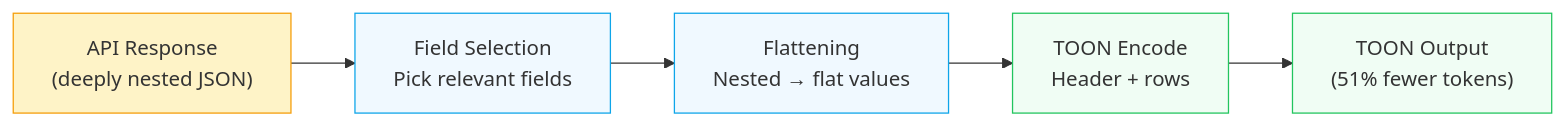
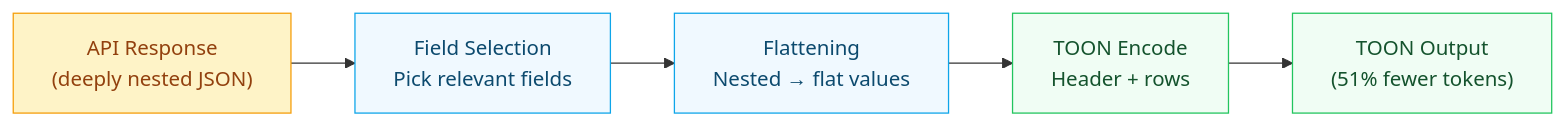
One commit to VibeTensor/vibemcp changed the diagram in docs/guide/toon-format.md. Above: the diagram before and after it, drawn with Mermaid. The commit also changed other lines of this file and 40 other files, not shown here.

````diff
--- a/docs/guide/toon-format.md
+++ b/docs/guide/toon-format.md
@@ -52,16 +52,18 @@
 ```mermaid
 flowchart LR
     API["API Response\n(deeply nested JSON)"]
     FS["Field Selection\nPick relevant fields"]
     FL["Flattening\nNested → flat values"]
     TE["TOON Encode\nHeader + rows"]
     OUT["TOON Output\n(51% fewer tokens)"]
 
     API --> FS --> FL --> TE --> OUT
 
-    style API fill:#fef3c7,stroke:#f59e0b
-    style FS fill:#f0f9ff,stroke:#0ea5e9
-    style FL fill:#f0f9ff,stroke:#0ea5e9
-    style TE fill:#f0fdf4,stroke:#22c55e
-    style OUT fill:#f0fdf4,stroke:#22c55e
+    classDef apiNode fill:#fef3c7,stroke:#f59e0b,color:#92400e
+    classDef processNode fill:#f0f9ff,stroke:#0ea5e9,color:#0c4a6e
+    classDef outputNode fill:#f0fdf4,stroke:#22c55e,color:#14532d
+
+    class API apiNode
+    class FS,FL processNode
+    class TE,OUT outputNode
 ```
````
